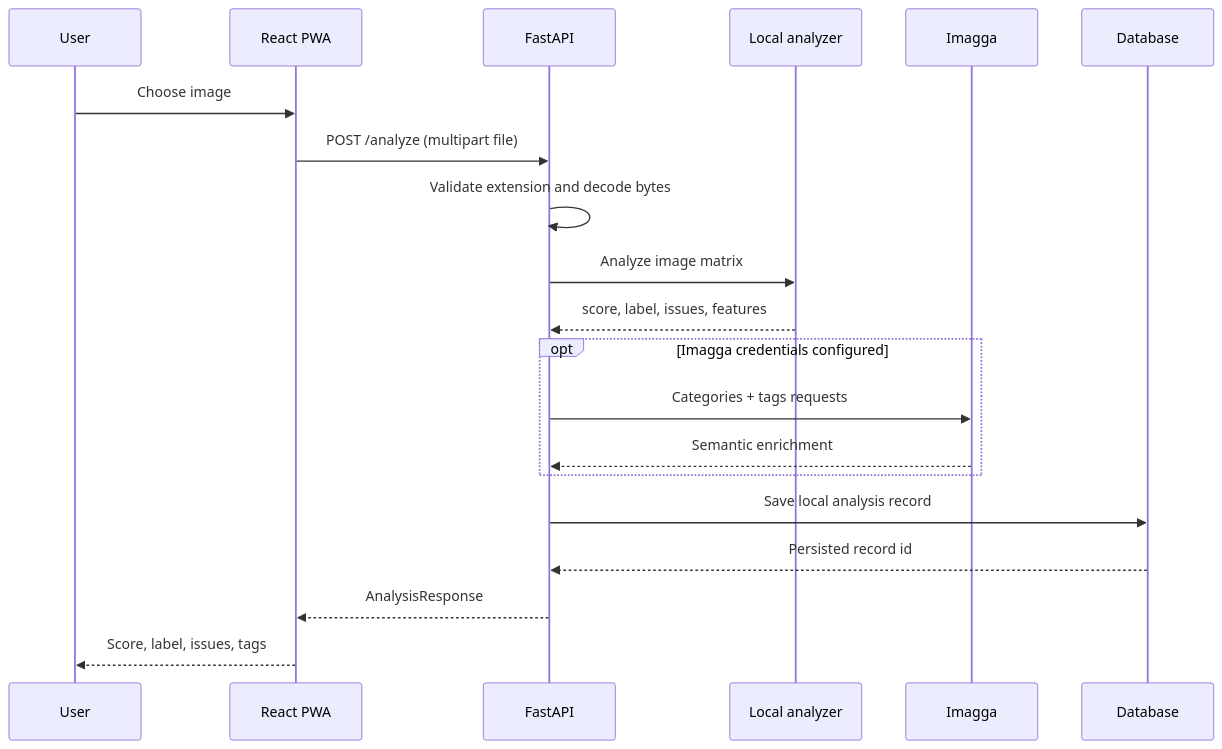
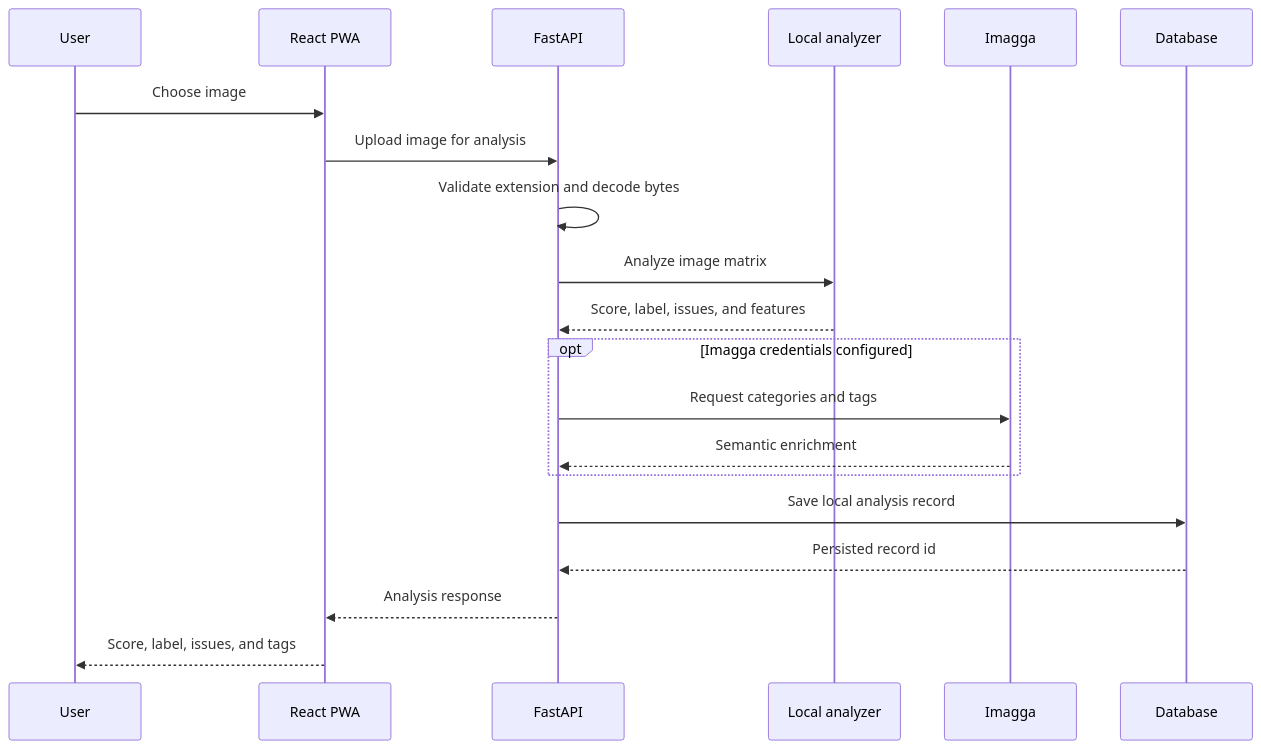
The third of 4 diagrams in README.md (debayanCODES-1/Image-Quality-and-Defect-Detection), drawn with Mermaid before and after one commit. The commit also changed other lines of this file, not shown here.

Commit message:
Fix Mermaid flowchart compatibility

````diff
--- a/README.md
+++ b/README.md
@@ -85,23 +85,23 @@
 ```mermaid
 sequenceDiagram
     participant U as User
     participant F as React PWA
     participant B as FastAPI
     participant L as Local analyzer
     participant I as Imagga
     participant D as Database
 
     U->>F: Choose image
-    F->>B: POST /analyze (multipart file)
+    F->>B: Upload image for analysis
     B->>B: Validate extension and decode bytes
     B->>L: Analyze image matrix
-    L-->>B: score, label, issues, features
+    L-->>B: Score, label, issues, and features
     opt Imagga credentials configured
-      B->>I: Categories + tags requests
+      B->>I: Request categories and tags
       I-->>B: Semantic enrichment
     end
     B->>D: Save local analysis record
     D-->>B: Persisted record id
-    B-->>F: AnalysisResponse
-    F-->>U: Score, label, issues, tags
+    B-->>F: Analysis response
+    F-->>U: Score, label, issues, and tags
 ```
````
